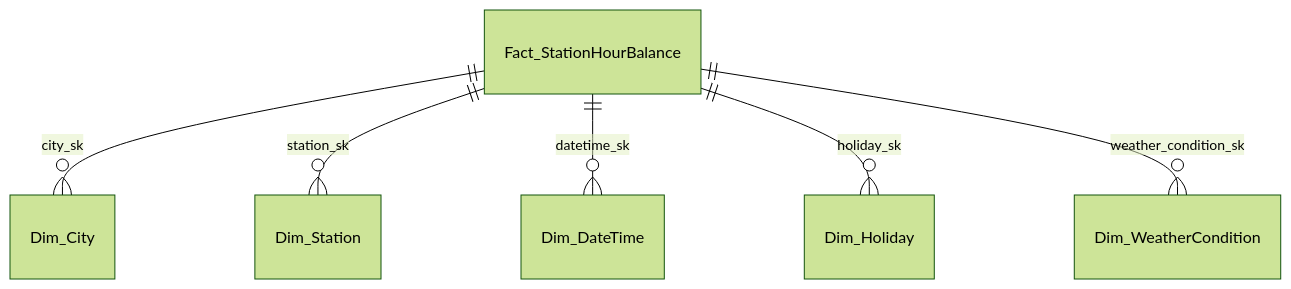
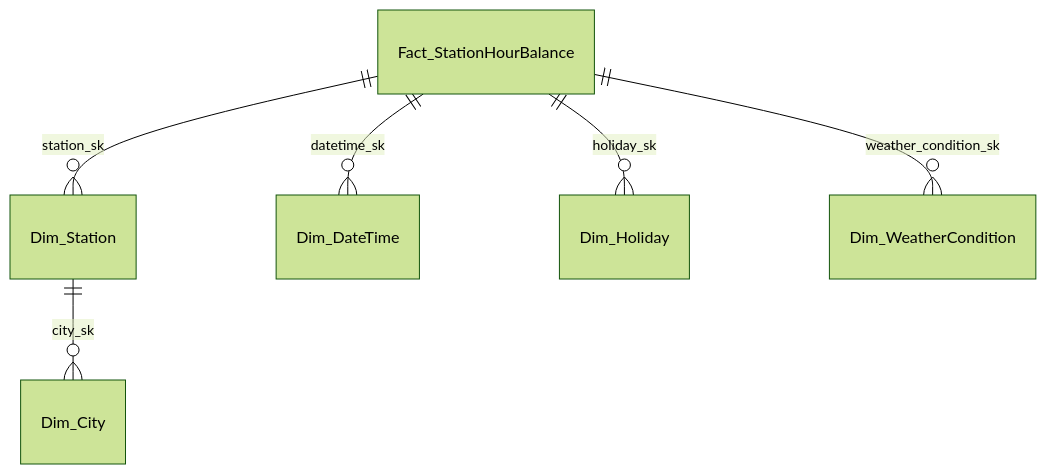
Before and after one commit to 1653072/hcmus-master-is-bi: the second of 2 diagrams in 0_topic_exploration/official_topic.md, drawn with Mermaid (forest theme). The commit also changed 1 other file, not shown here.

Commit message:
Cập nhật thiết kế sơ đồ DDS Snowflake trong README và official_topic

````diff
--- a/0_topic_exploration/official_topic.md
+++ b/0_topic_exploration/official_topic.md
@@ -411,8 +411,8 @@
 ```mermaid
 erDiagram
-  Fact_StationHourBalance ||--o{ Dim_City : city_sk
+  Dim_Station ||--o{ Dim_City : city_sk
   Fact_StationHourBalance ||--o{ Dim_Station : station_sk
   Fact_StationHourBalance ||--o{ Dim_DateTime : datetime_sk
   Fact_StationHourBalance ||--o{ Dim_Holiday : holiday_sk
   Fact_StationHourBalance ||--o{ Dim_WeatherCondition : weather_condition_sk
 ```
````
